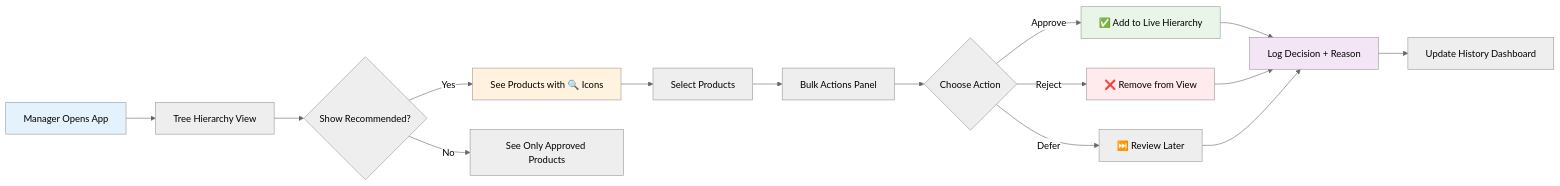
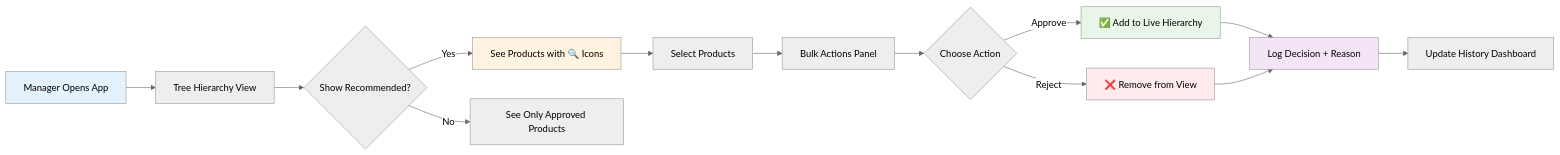
The third of 6 diagrams in RECOMMENDED_PRODUCTS_PLAN.md (azen-alex/streamlit), drawn with Mermaid (neutral theme) before and after one commit. The commit also changed other lines of this file and 1 other file, not shown here.

First line of the commit message:
Remove defer functionality from documentation and code

````diff
--- a/RECOMMENDED_PRODUCTS_PLAN.md
+++ b/RECOMMENDED_PRODUCTS_PLAN.md
@@ -190,23 +188,21 @@
 ```mermaid
 flowchart LR
     A[Manager Opens App] --> B[Tree Hierarchy View]
     B --> C{Show Recommended?}
     C -->|Yes| D[See Products with 🔍 Icons]
     C -->|No| E[See Only Approved Products]
     D --> F[Select Products]
     F --> G[Bulk Actions Panel]
     G --> H{Choose Action}
     H -->|Approve| I[✅ Add to Live Hierarchy]
     H -->|Reject| J[❌ Remove from View]
-    H -->|Defer| K[⏭️ Review Later]
     I --> L[Log Decision + Reason]
     J --> L
-    K --> L
     L --> M[Update History Dashboard]
     
     style A fill:#e3f2fd
     style D fill:#fff3e0
     style I fill:#e8f5e8
     style J fill:#ffebee
     style L fill:#f3e5f5
 ```
````
